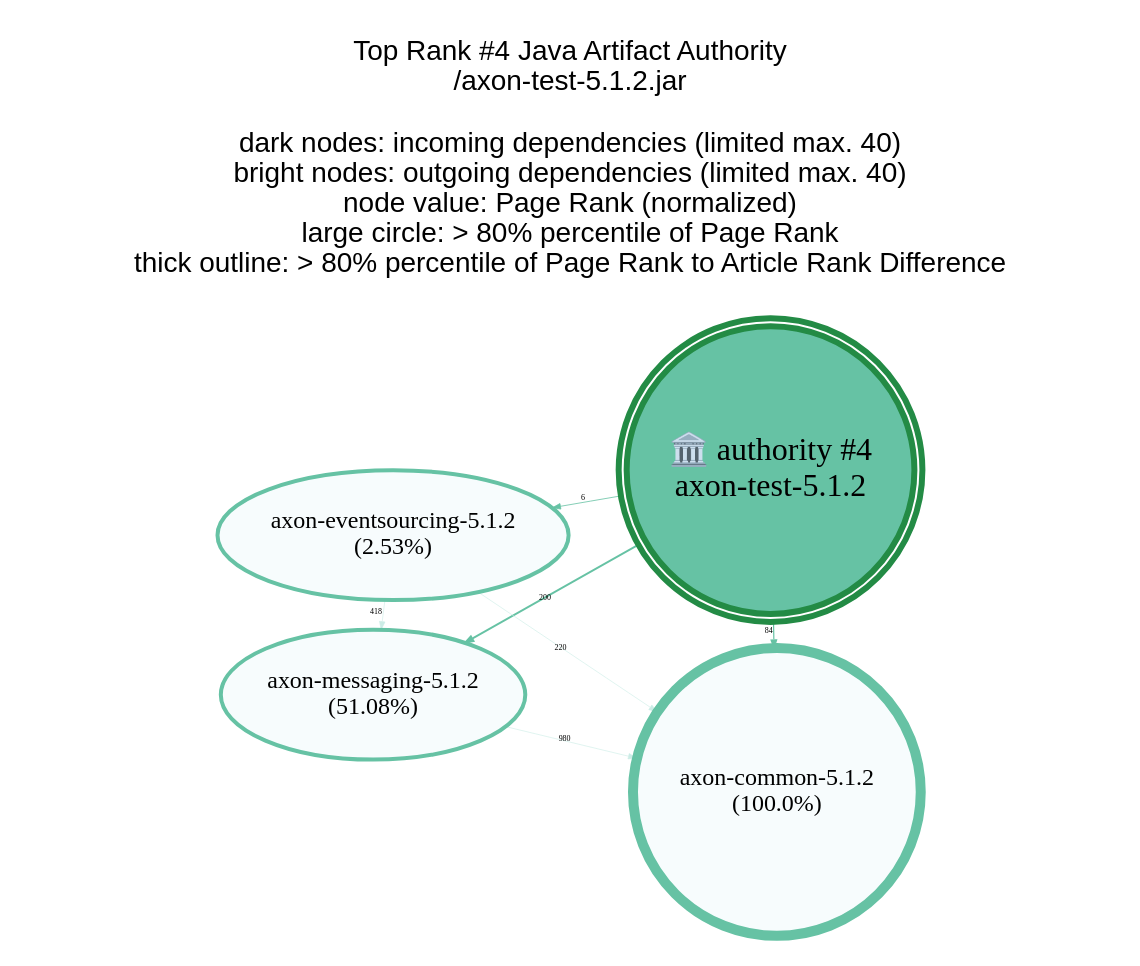
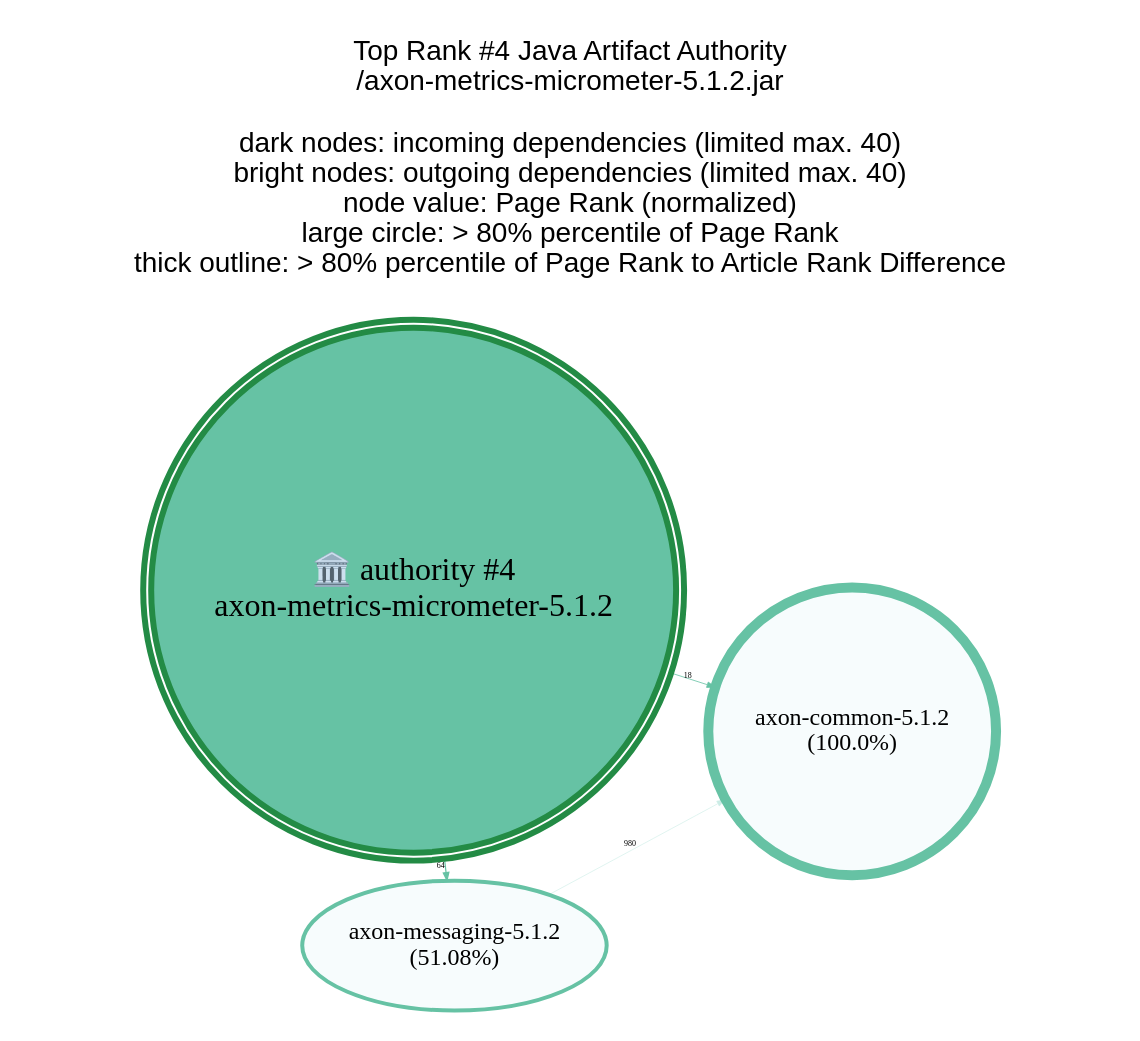
The diagram in analysis-results/AxonFramework/AxonFramework-5.1.2/archetypes/Java_Artifact/GraphVisualizations/graphviz/TopAuthority4.gv (JohT/code-graph-analysis-examples), drawn with Graphviz before and after one commit. The commit also changed 991 other files, not shown here.

```diff
--- a/analysis-results/AxonFramework/AxonFramework-5.1.2/archetypes/Java_Artifact/GraphVisualizations/graphviz/TopAuthority4.gv
+++ b/analysis-results/AxonFramework/AxonFramework-5.1.2/archetypes/Java_Artifact/GraphVisualizations/graphviz/TopAuthority4.gv
@@ -1,23 +1,20 @@
 // This GraphViz dot file was generated by the script convertQueryResultCsvToGraphVizDotFile.sh with TopCentral.template
 
 strict digraph TopAuthority4 {
     graph [layout = "fdp"; start = "7"; splines = "spline"; pad = "0.8,0.1"; outputorder = "edgesfirst";];
     graph [fontname = "Helvetica,Arial,sans-serif"; labelloc = "t";];
     node [colorscheme = "bugn9"; color = 6; fillcolor = 3;];
     edge [colorscheme = "bugn9"; color = 7;];
     node [fontsize = 12; style = "filled"; margin = "0.03,0.03"; width="1.3"; height="0.9";];
     edge [fontsize = 4; arrowsize = "0.4";];
 
     central [shape = "doublecircle"; height = "2.0"; margin = "0.000001,0.000001";];
     central [fontsize = 16;];
     central [color = 7; fillcolor = 5; penwidth = 3;];
 
-	graph   [label="Top Rank #4 Java Artifact Authority\n/axon-test-5.1.2.jar\n\ndark nodes: incoming dependencies (limited max. 40)\nbright nodes: outgoing dependencies (limited max. 40)\nnode value: Page Rank (normalized)\nlarge circle: > 80% percentile of Page Rank\nthick outline: > 80% percentile of Page Rank to Article Rank Difference\n\n"];
-	central [label="🏛️ authority #4\naxon-test-5.1.2"];
-	"axon-messaging-5.1.2_25069"  [label = "axon-messaging-5.1.2\n(51.08%)"; penwidth = 2; color = 5; fillcolor = 1; ]; central -> "axon-messaging-5.1.2_25069" [label=200; weight=200; penwidth=0.9; color = 5];
-	"axon-common-5.1.2_8863"  [shape = "circle"; height=2; label = "axon-common-5.1.2\n(100.0%)"; penwidth = 5; color = 5; fillcolor = 1; ]; central -> "axon-common-5.1.2_8863" [label=84; weight=84; penwidth=0.6; color = 5];
-	"axon-eventsourcing-5.1.2_17492"  [label = "axon-eventsourcing-5.1.2\n(2.53%)"; penwidth = 2; color = 5; fillcolor = 1; ]; central -> "axon-eventsourcing-5.1.2_17492" [label=6; weight=6; penwidth=0.4; color = 5];
-	"axon-messaging-5.1.2_25069" -> "axon-common-5.1.2_8863" [label=980; weight=980; penwidth=0.3; color = 3]
-	"axon-eventsourcing-5.1.2_17492" -> "axon-messaging-5.1.2_25069" [label=418; weight=418; penwidth=0.3; color = 3]
-	"axon-eventsourcing-5.1.2_17492" -> "axon-common-5.1.2_8863" [label=220; weight=220; penwidth=0.3; color = 3]
+	graph   [label="Top Rank #4 Java Artifact Authority\n/axon-metrics-micrometer-5.1.2.jar\n\ndark nodes: incoming dependencies (limited max. 40)\nbright nodes: outgoing dependencies (limited max. 40)\nnode value: Page Rank (normalized)\nlarge circle: > 80% percentile of Page Rank\nthick outline: > 80% percentile of Page Rank to Article Rank Difference\n\n"];
+	central [label="🏛️ authority #4\naxon-metrics-micrometer-5.1.2"];
+	"axon-messaging-5.1.2_6333"  [label = "axon-messaging-5.1.2\n(51.08%)"; penwidth = 2; color = 5; fillcolor = 1; ]; central -> "axon-messaging-5.1.2_6333" [label=64; weight=64; penwidth=0.6; color = 5];
+	"axon-common-5.1.2_32285"  [shape = "circle"; height=2; label = "axon-common-5.1.2\n(100.0%)"; penwidth = 5; color = 5; fillcolor = 1; ]; central -> "axon-common-5.1.2_32285" [label=18; weight=18; penwidth=0.4; color = 5];
+	"axon-messaging-5.1.2_6333" -> "axon-common-5.1.2_32285" [label=980; weight=980; penwidth=0.3; color = 3]
 }
```
